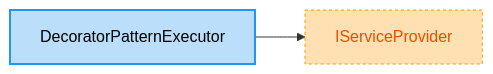
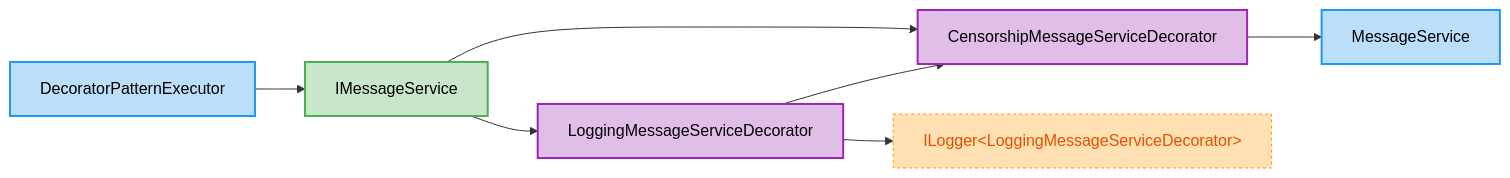
One commit to arika0093/Qudi changed the diagram in examples/Qudi.Example.Readme/exported/DecoratorPatternExecutor.md. Above: the diagram before and after it, drawn with Mermaid. The commit also changed 12 other files, not shown here.

````diff
--- a/examples/Qudi.Example.Readme/exported/DecoratorPatternExecutor.md
+++ b/examples/Qudi.Example.Readme/exported/DecoratorPatternExecutor.md
@@ -1,11 +1,26 @@
 ```mermaid
 flowchart LR
-    System_IServiceProvider["IServiceProvider"]
     Qudi_Examples_DecoratorPattern_DecoratorPatternExecutor["DecoratorPatternExecutor"]
-    Qudi_Examples_DecoratorPattern_DecoratorPatternExecutor --> System_IServiceProvider
+    Qudi_Examples_DecoratorPattern_IMessageService["IMessageService"]
+    Qudi_Examples_DecoratorPattern_MessageService["MessageService"]
+    Qudi_Examples_DecoratorPattern_LoggingMessageServiceDecorator["LoggingMessageServiceDecorator"]
+    Qudi_Examples_DecoratorPattern_CensorshipMessageServiceDecorator["CensorshipMessageServiceDecorator"]
+    Microsoft_Extensions_Logging_ILogger_Qudi_Examples_DecoratorPattern_LoggingMessageServiceDecorator_["ILogger#lt;LoggingMessageServiceDecorator#gt;"]
+    Qudi_Examples_DecoratorPattern_DecoratorPatternExecutor --> Qudi_Examples_DecoratorPattern_IMessageService
+    Qudi_Examples_DecoratorPattern_IMessageService --> Qudi_Examples_DecoratorPattern_LoggingMessageServiceDecorator
+    Qudi_Examples_DecoratorPattern_LoggingMessageServiceDecorator --> Qudi_Examples_DecoratorPattern_CensorshipMessageServiceDecorator
+    Qudi_Examples_DecoratorPattern_LoggingMessageServiceDecorator --> Microsoft_Extensions_Logging_ILogger_Qudi_Examples_DecoratorPattern_LoggingMessageServiceDecorator_
+    Qudi_Examples_DecoratorPattern_IMessageService --> Qudi_Examples_DecoratorPattern_CensorshipMessageServiceDecorator
+    Qudi_Examples_DecoratorPattern_CensorshipMessageServiceDecorator --> Qudi_Examples_DecoratorPattern_MessageService
+    classDef interface fill:#c8e6c9,stroke:#4caf50,stroke-width:2px,color:#000;
+    class Qudi_Examples_DecoratorPattern_IMessageService interface;
     classDef cls fill:#bbdefb,stroke:#2196f3,stroke-width:2px,color:#000;
     class Qudi_Examples_DecoratorPattern_DecoratorPatternExecutor cls;
+    class Qudi_Examples_DecoratorPattern_MessageService cls;
+    classDef decorator fill:#e1bee7,stroke:#9c27b0,stroke-width:2px,color:#000;
+    class Qudi_Examples_DecoratorPattern_LoggingMessageServiceDecorator decorator;
+    class Qudi_Examples_DecoratorPattern_CensorshipMessageServiceDecorator decorator;
     classDef external fill:#ffe0b2,stroke:#ff9800,stroke-width:1px,stroke-dasharray:3 3,color:#e65100;
-    class System_IServiceProvider external;
+    class Microsoft_Extensions_Logging_ILogger_Qudi_Examples_DecoratorPattern_LoggingMessageServiceDecorator_ external;
 
 ```
````
